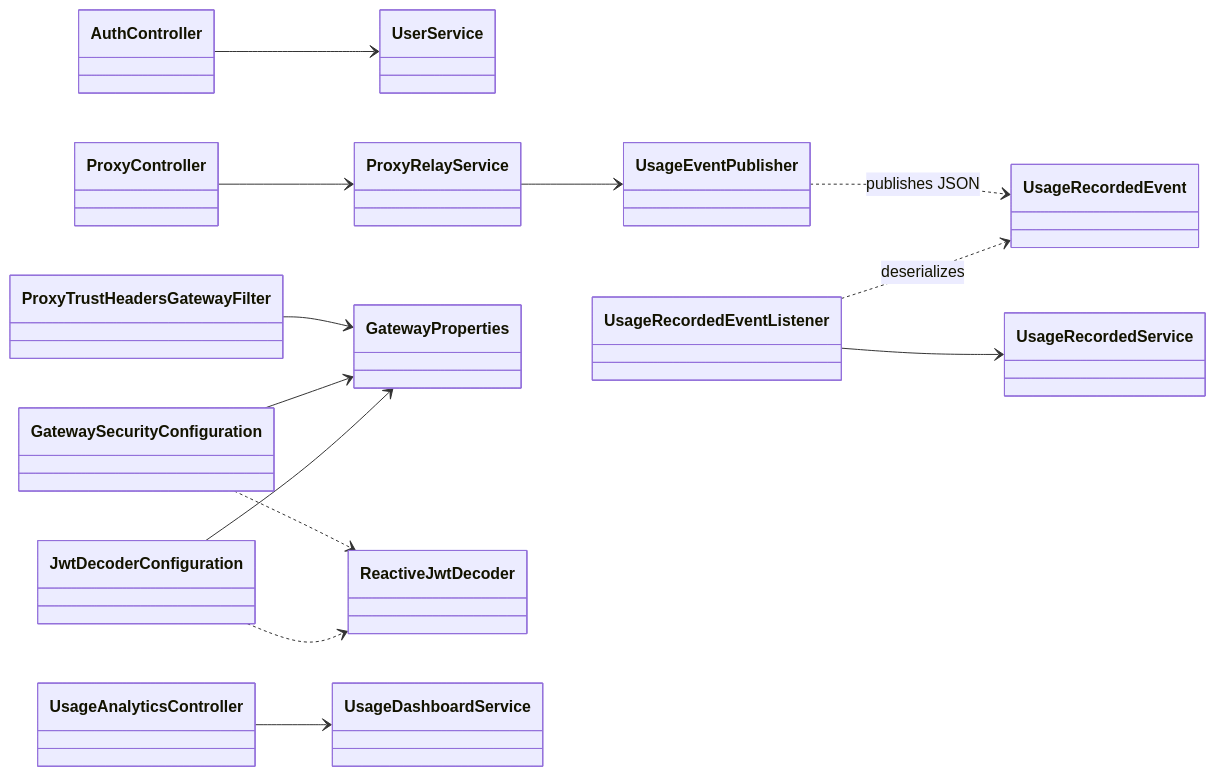
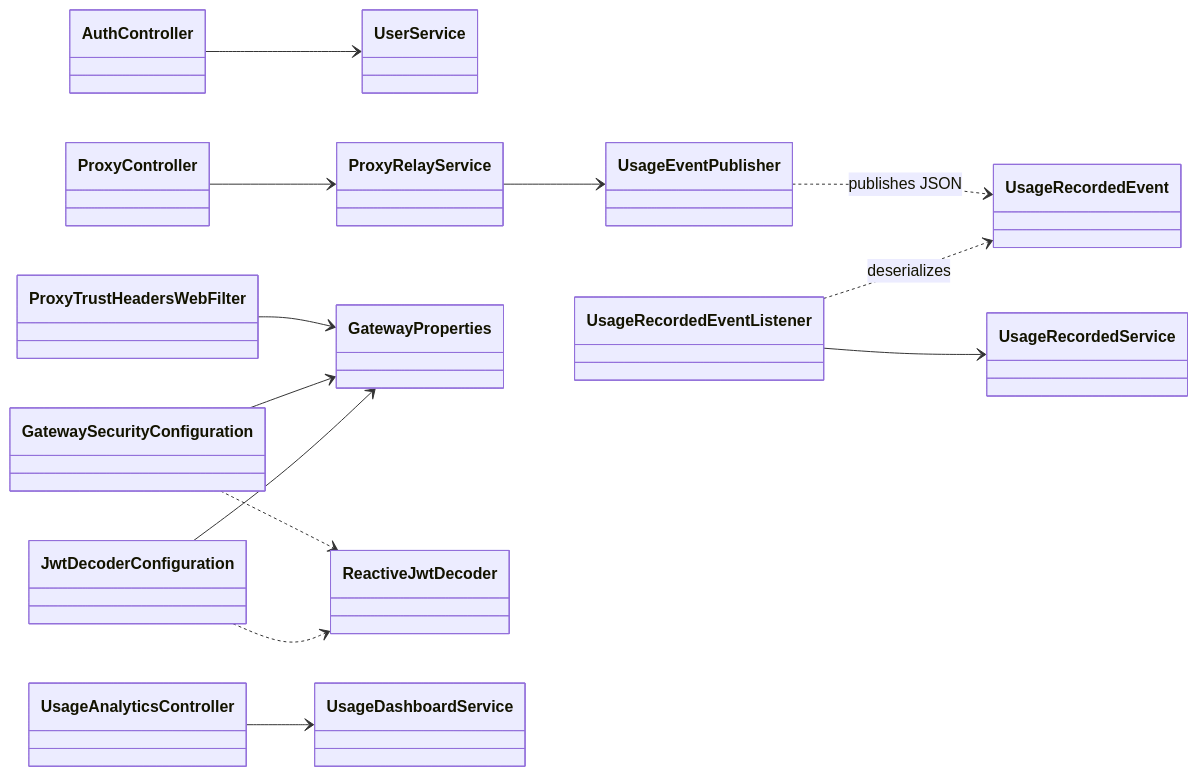
One commit to Zero-Bug-Freinds/ai-api-usage-monitor changed the first of 7 diagrams in docs/class-diagram.md. Above: the diagram before and after it, drawn with Mermaid. The commit also changed other lines of this file and 12 other files, not shown here.

````diff
--- a/docs/class-diagram.md
+++ b/docs/class-diagram.md
@@ -13,35 +13,35 @@
 ```mermaid
 classDiagram
 direction LR
 
 class AuthController
 class UserService
 class ProxyController
 class ProxyRelayService
 class UsageEventPublisher
-class ProxyTrustHeadersGatewayFilter
+class ProxyTrustHeadersWebFilter
 class GatewaySecurityConfiguration
 class JwtDecoderConfiguration
 class GatewayProperties
 class ReactiveJwtDecoder
 class UsageAnalyticsController
 class UsageDashboardService
 class UsageRecordedEventListener
 class UsageRecordedService
 class UsageRecordedEvent
 
 AuthController --> UserService
 ProxyController --> ProxyRelayService
 ProxyRelayService --> UsageEventPublisher
 UsageEventPublisher ..> UsageRecordedEvent : publishes JSON
 UsageRecordedEventListener --> UsageRecordedService
 UsageRecordedEventListener ..> UsageRecordedEvent : deserializes
 
-ProxyTrustHeadersGatewayFilter --> GatewayProperties
+ProxyTrustHeadersWebFilter --> GatewayProperties
 GatewaySecurityConfiguration --> GatewayProperties
 GatewaySecurityConfiguration ..> ReactiveJwtDecoder
 JwtDecoderConfiguration --> GatewayProperties
 JwtDecoderConfiguration ..> ReactiveJwtDecoder
 
 UsageAnalyticsController --> UsageDashboardService
 ```
````
